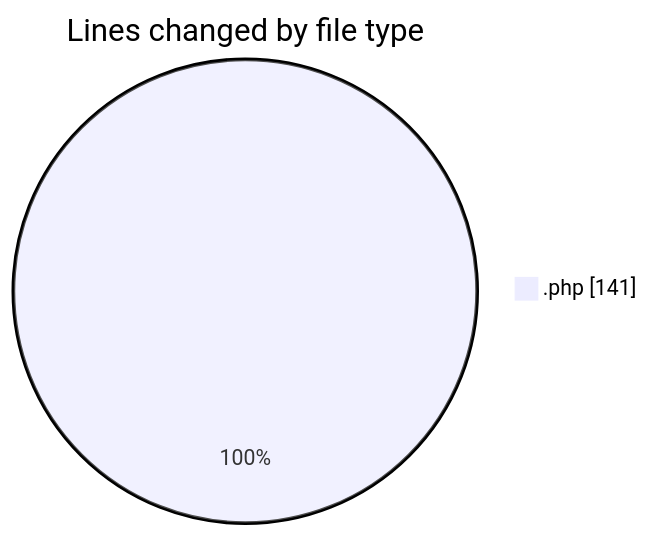
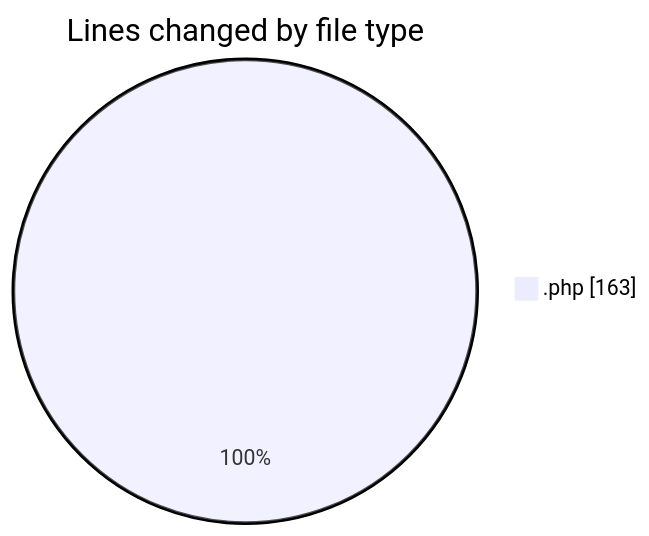
One commit to LanceThiago/code-tracking changed the first of 2 diagrams in 2025-03-17/web/README.md. Above: the diagram before and after it, drawn with Mermaid. The commit also changed other lines of this file and 1 other file, not shown here.

````diff
--- a/2025-03-17/web/README.md
+++ b/2025-03-17/web/README.md
@@ -22,5 +22,5 @@
 ```mermaid
 pie showData
 title Lines changed by file type
-".php" : 141
+".php" : 163
 ```
````
